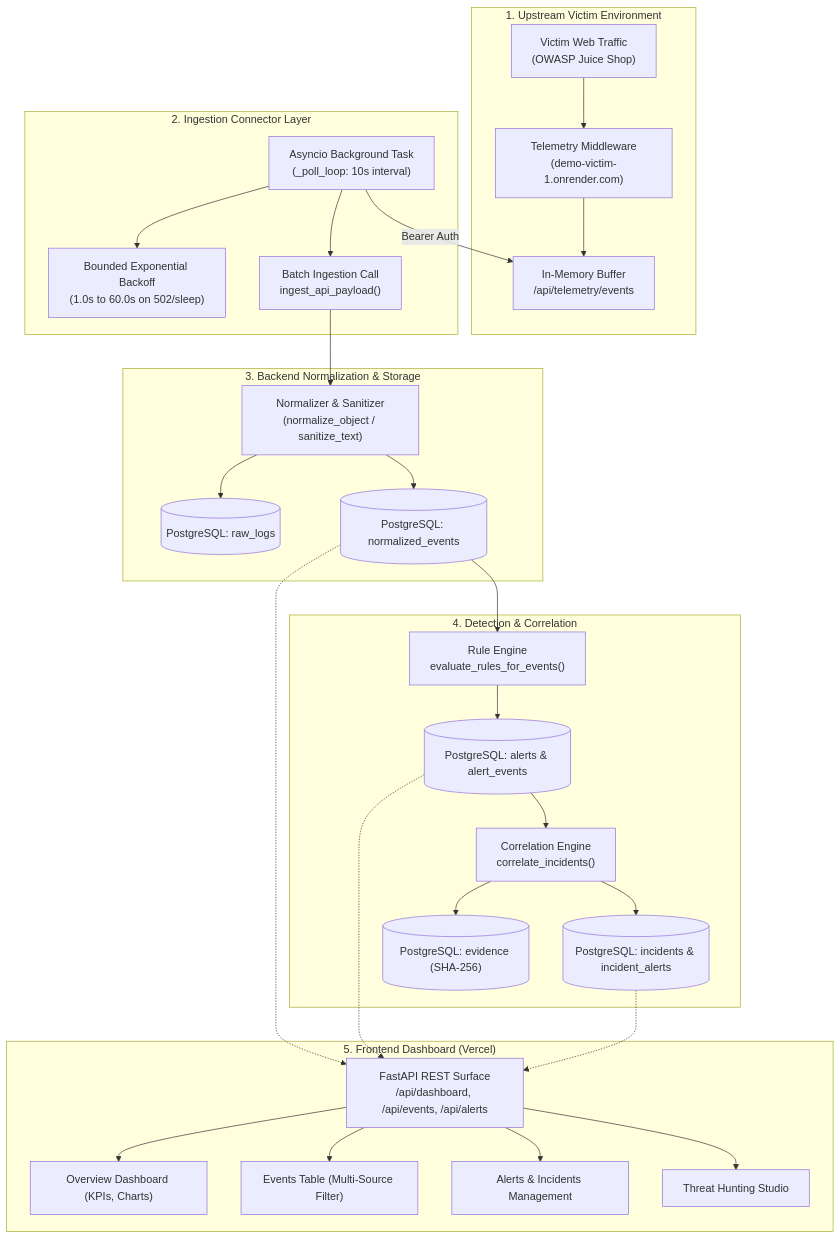
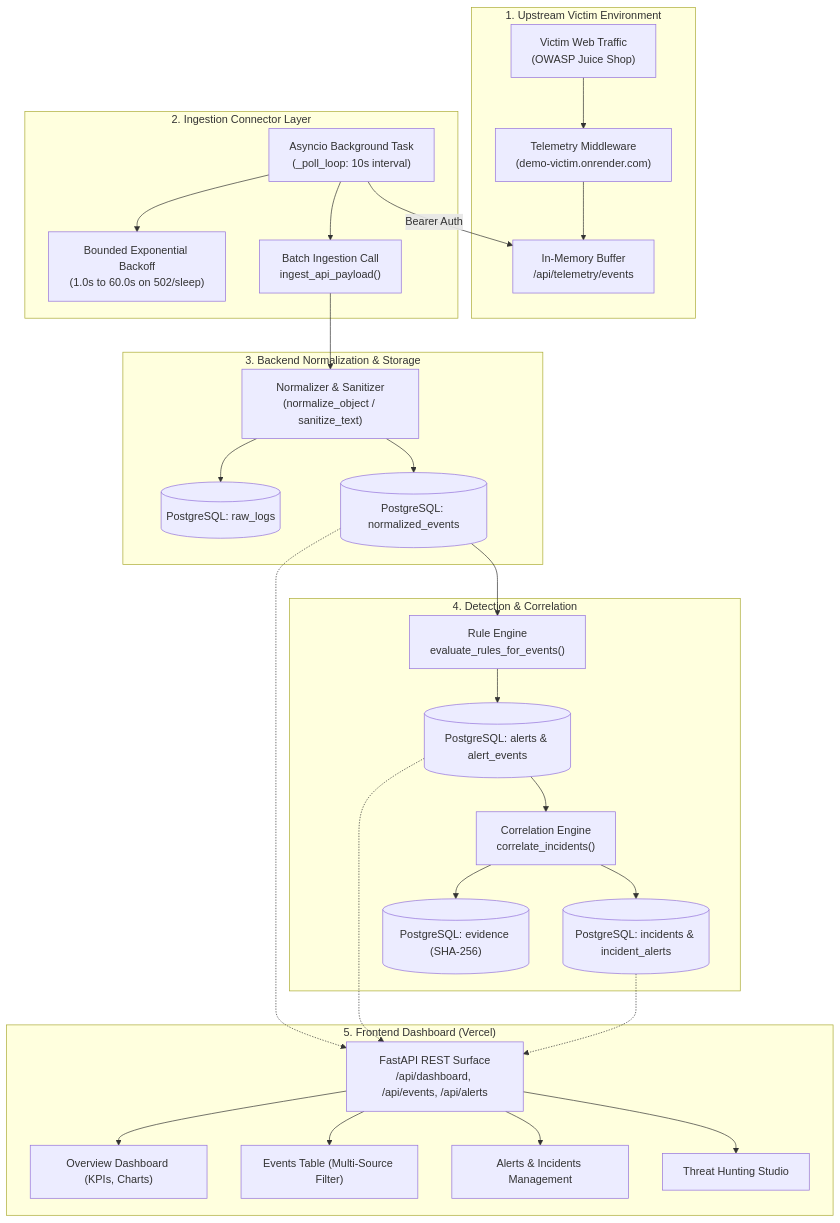
One commit to Mahesh0019/soc-verison1 changed the first of 2 diagrams in docs/LIVE_SYSTEM_READINESS_AUDIT.md. Above: the diagram before and after it, drawn with Mermaid. The commit also changed other lines of this file and 18 other files, not shown here.

Commit message:
fix(victim): correct victim application URL to demo-victim.onrender.com

````diff
--- a/docs/LIVE_SYSTEM_READINESS_AUDIT.md
+++ b/docs/LIVE_SYSTEM_READINESS_AUDIT.md
@@ -31,39 +31,39 @@
 ```mermaid
 flowchart TD
     subgraph VictimApp["1. Upstream Victim Environment"]
-        V1["Victim Web Traffic<br/>(OWASP Juice Shop)"] --> V2["Telemetry Middleware<br/>(demo-victim-1.onrender.com)"]
+        V1["Victim Web Traffic<br/>(OWASP Juice Shop)"] --> V2["Telemetry Middleware<br/>(demo-victim.onrender.com)"]
         V2 --> V3["In-Memory Buffer<br/>/api/telemetry/events"]
     end
 
     subgraph Connector["2. Ingestion Connector Layer"]
         C1["Asyncio Background Task<br/>(_poll_loop: 10s interval)"]
         C1 -->|Bearer Auth| V3
         C1 --> C2["Bounded Exponential Backoff<br/>(1.0s to 60.0s on 502/sleep)"]
         C1 --> C3["Batch Ingestion Call<br/>ingest_api_payload()"]
     end
 
     subgraph BackendCore["3. Backend Normalization & Storage"]
         C3 --> N1["Normalizer & Sanitizer<br/>(normalize_object / sanitize_text)"]
         N1 --> DB1[("PostgreSQL: raw_logs")]
         N1 --> DB2[("PostgreSQL: normalized_events")]
     end
 
     subgraph DetectionEngine["4. Detection & Correlation"]
         DB2 --> D1["Rule Engine<br/>evaluate_rules_for_events()"]
         D1 --> DB3[("PostgreSQL: alerts & alert_events")]
         DB3 --> CR1["Correlation Engine<br/>correlate_incidents()"]
         CR1 --> DB4[("PostgreSQL: incidents & incident_alerts")]
         CR1 --> DB5[("PostgreSQL: evidence (SHA-256)")]
     end
 
     subgraph Presentation["5. Frontend Dashboard (Vercel)"]
         API["FastAPI REST Surface<br/>/api/dashboard, /api/events, /api/alerts"]
         DB2 -.-> API
         DB3 -.-> API
         DB4 -.-> API
         API --> UI1["Overview Dashboard (KPIs, Charts)"]
         API --> UI2["Events Table (Multi-Source Filter)"]
         API --> UI3["Alerts & Incidents Management"]
         API --> UI4["Threat Hunting Studio"]
     end
 ```
````
